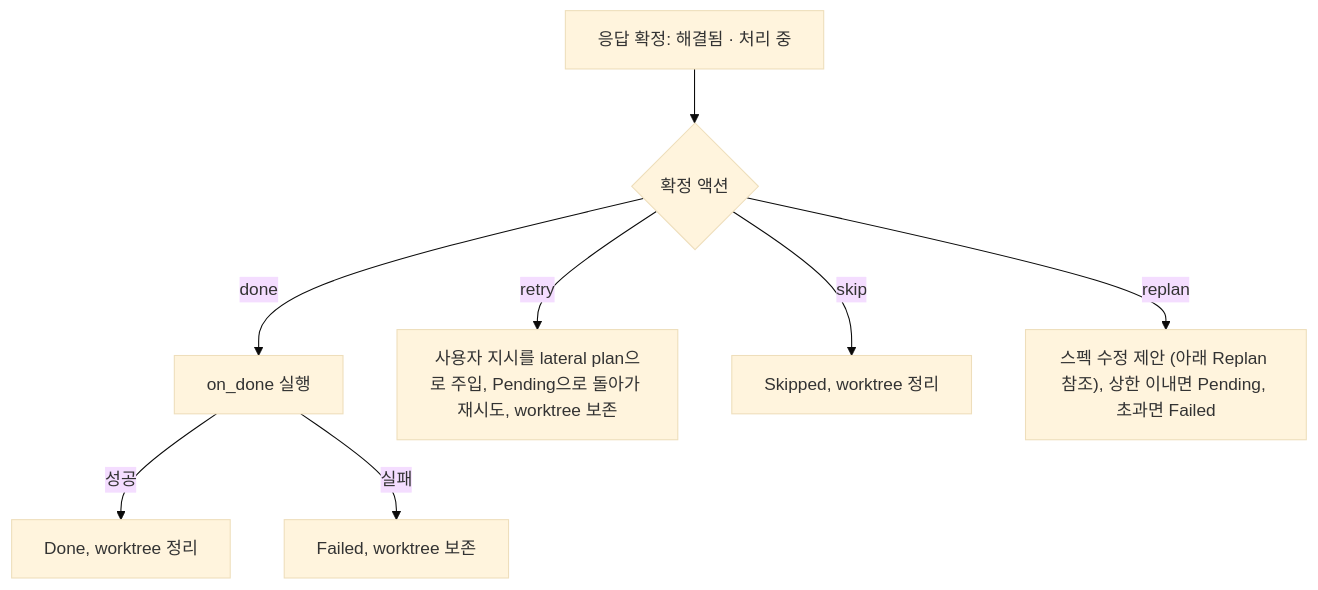
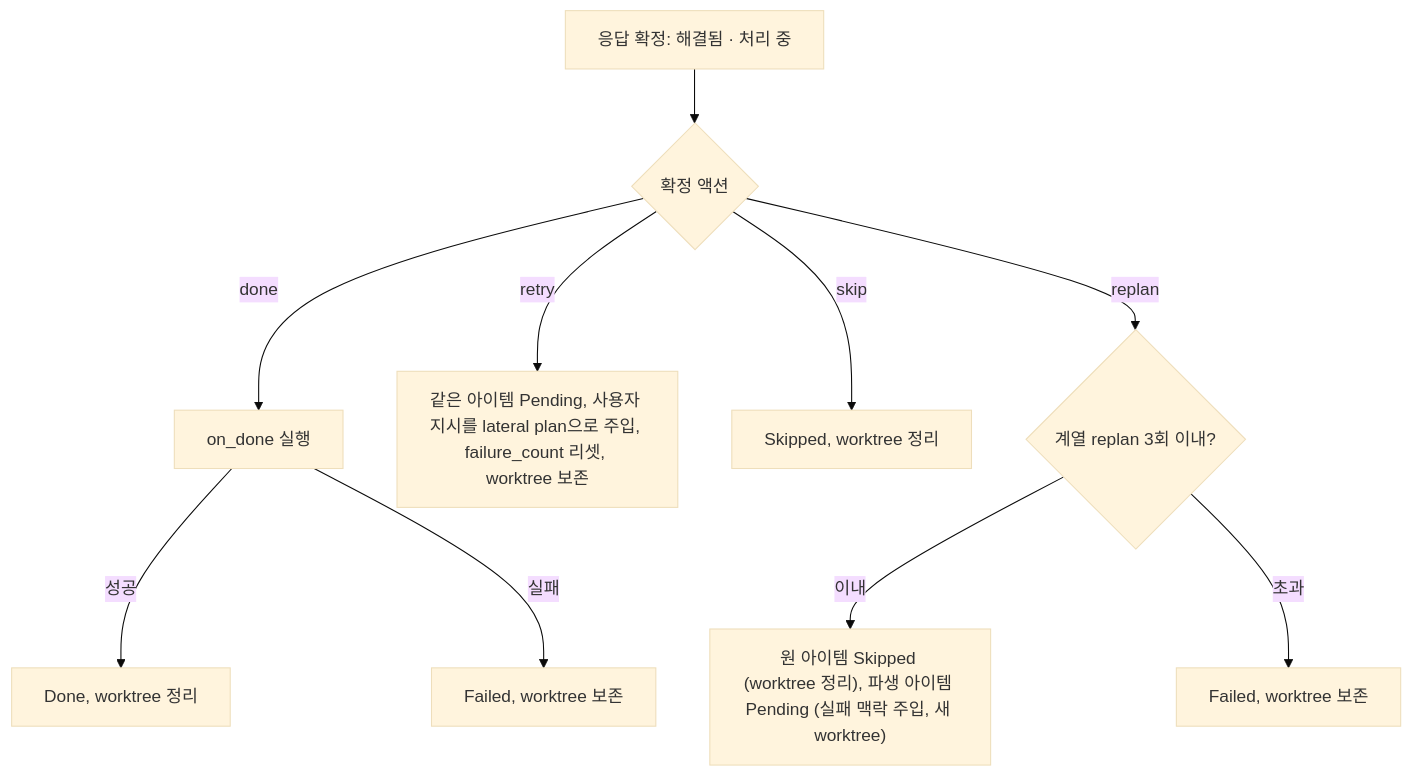
The third of 8 diagrams in spec/flows/04-failure-and-hitl.md (kys0213/belt), drawn with Mermaid (base theme) before and after one commit. The commit also changed other lines of this file and 1 other file, not shown here.

First line of the commit message:
docs(spec): align failure/HITL and monitoring flows with derived items and removed spec feature

````diff
--- a/spec/flows/04-failure-and-hitl.md
+++ b/spec/flows/04-failure-and-hitl.md
@@ -211,10 +201,12 @@
 ```mermaid
 flowchart TD
     R["응답 확정: 해결됨 · 처리 중"] --> A{"확정 액션"}
     A -- "done" --> D1["on_done 실행"]
     D1 -- "성공" --> DONE["Done, worktree 정리"]
     D1 -- "실패" --> FAIL["Failed, worktree 보존"]
-    A -- "retry" --> RT["사용자 지시를 lateral plan으로 주입, Pending으로 돌아가 재시도, worktree 보존"]
+    A -- "retry" --> RT["같은 아이템 Pending, 사용자 지시를 lateral plan으로 주입, failure_count 리셋, worktree 보존"]
     A -- "skip" --> SK["Skipped, worktree 정리"]
-    A -- "replan" --> RP["스펙 수정 제안 (아래 Replan 참조), 상한 이내면 Pending, 초과면 Failed"]
+    A -- "replan" --> RP{"계열 replan 3회 이내?"}
+    RP -- "이내" --> RP1["원 아이템 Skipped (worktree 정리), 파생 아이템 Pending (실패 맥락 주입, 새 worktree)"]
+    RP -- "초과" --> RP2["Failed, worktree 보존"]
 ```
````
